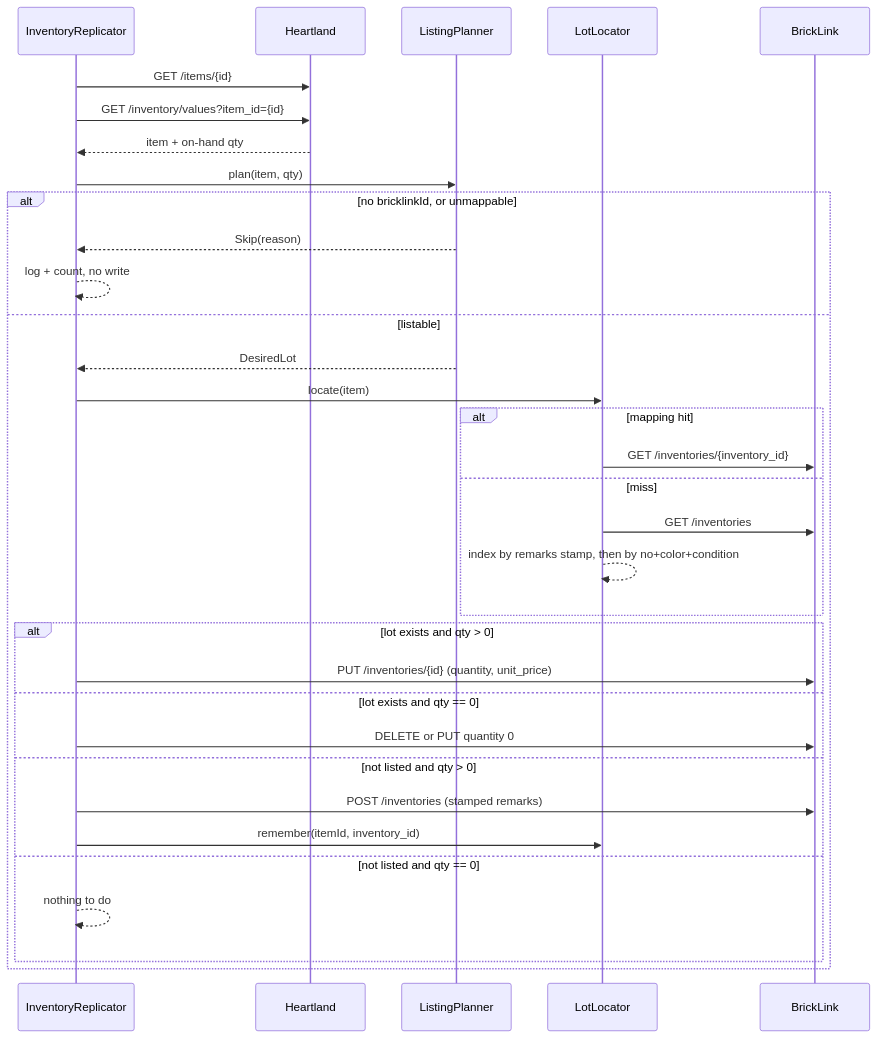
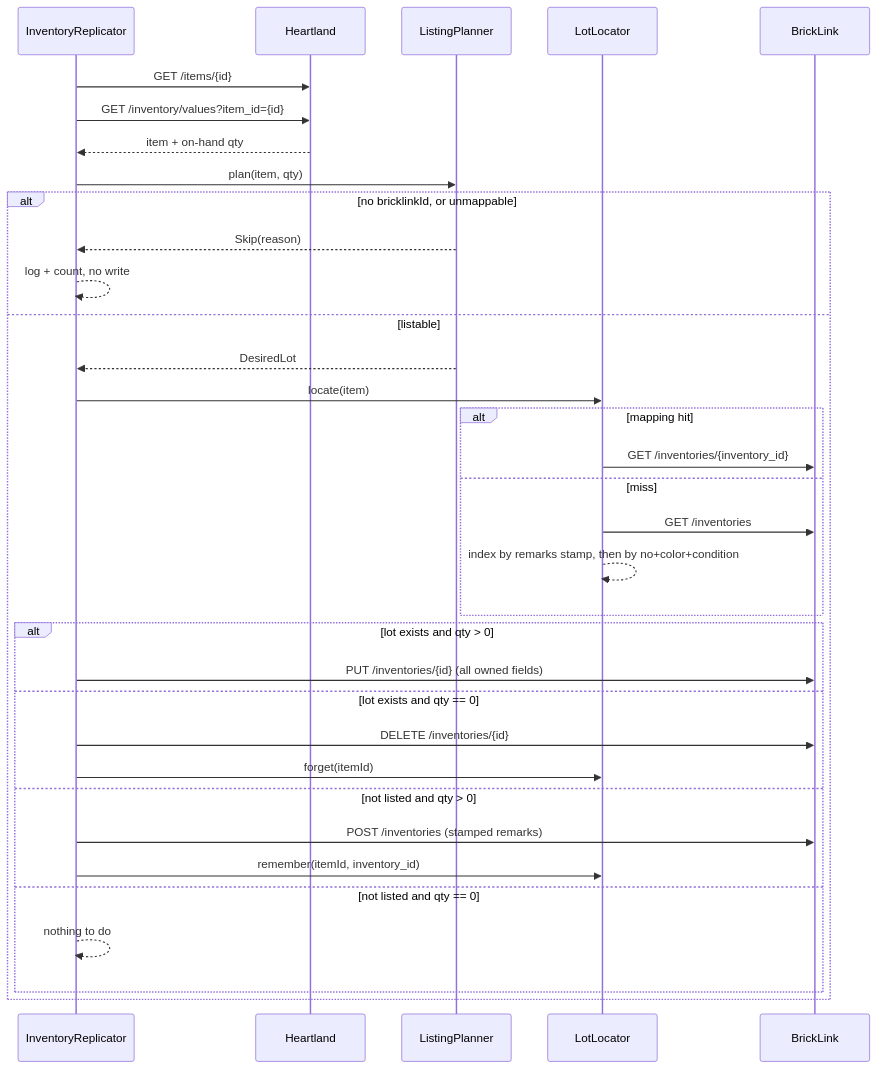
The second of 4 diagrams in design/proposals/bricklink-replication.md (bamherndon/Clutch), drawn with Mermaid before and after one commit. The commit also changed other lines of this file, not shown here.

````diff
--- a/design/proposals/bricklink-replication.md
+++ b/design/proposals/bricklink-replication.md
@@ -243,36 +243,37 @@
 ```mermaid
 sequenceDiagram
     participant R as InventoryReplicator
     participant H as Heartland
     participant P as ListingPlanner
     participant L as LotLocator
     participant B as BrickLink
 
     R->>H: GET /items/{id}
     R->>H: GET /inventory/values?item_id={id}
     H-->>R: item + on-hand qty
     R->>P: plan(item, qty)
     alt no bricklinkId, or unmappable
         P-->>R: Skip(reason)
         R-->>R: log + count, no write
     else listable
         P-->>R: DesiredLot
         R->>L: locate(item)
         alt mapping hit
             L->>B: GET /inventories/{inventory_id}
         else miss
             L->>B: GET /inventories
             L-->>L: index by remarks stamp, then by no+color+condition
         end
         alt lot exists and qty > 0
-            R->>B: PUT /inventories/{id} (quantity, unit_price)
+            R->>B: PUT /inventories/{id} (all owned fields)
         else lot exists and qty == 0
-            R->>B: DELETE or PUT quantity 0
+            R->>B: DELETE /inventories/{id}
+            R->>L: forget(itemId)
         else not listed and qty > 0
             R->>B: POST /inventories (stamped remarks)
             R->>L: remember(itemId, inventory_id)
         else not listed and qty == 0
             R-->>R: nothing to do
         end
     end
 ```
````
